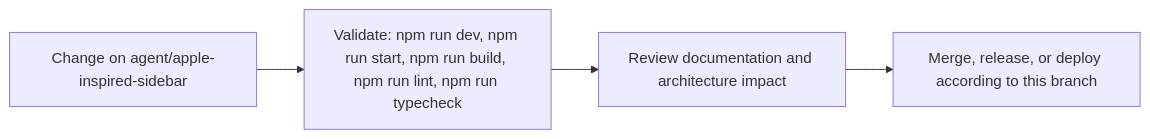
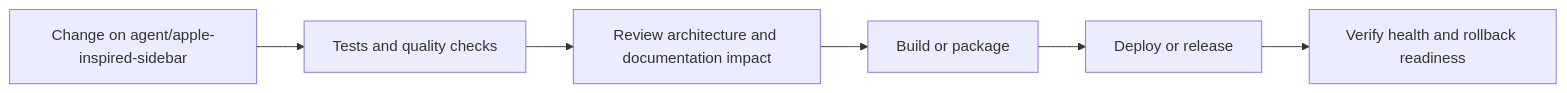
One commit to Nischhalsubba/BindForge-NW changed the fourth of 5 diagrams in README.md. Above: the diagram before and after it, drawn with Mermaid. The commit also changed other lines of this file, not shown here.

````diff
--- a/README.md
+++ b/README.md
@@ -71,8 +147,8 @@
 ```mermaid
 flowchart LR
-    CHANGE["Change on agent/apple-inspired-sidebar"]
-    CHECK["Validate: npm run dev, npm run start, npm run build, npm run lint, npm run typecheck"]
-    REVIEW["Review documentation and architecture impact"]
-    RELEASE["Merge, release, or deploy according to this branch"]
-    CHANGE --> CHECK --> REVIEW --> RELEASE
+    CHANGE["Change on agent/apple-inspired-sidebar"] --> CHECK["Tests and quality checks"]
+    CHECK --> REVIEW["Review architecture and documentation impact"]
+    REVIEW --> BUILD["Build or package"]
+    BUILD --> DEPLOY["Deploy or release"]
+    DEPLOY --> VERIFY["Verify health and rollback readiness"]
 ```
````
